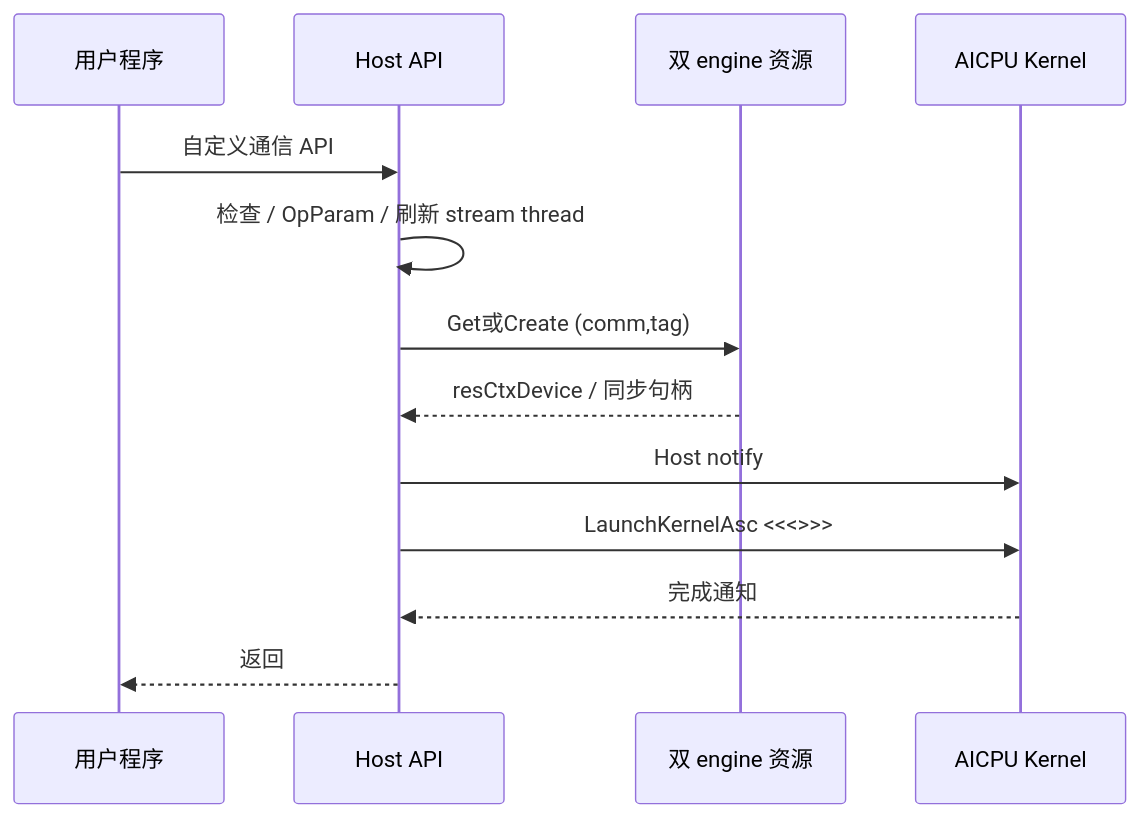
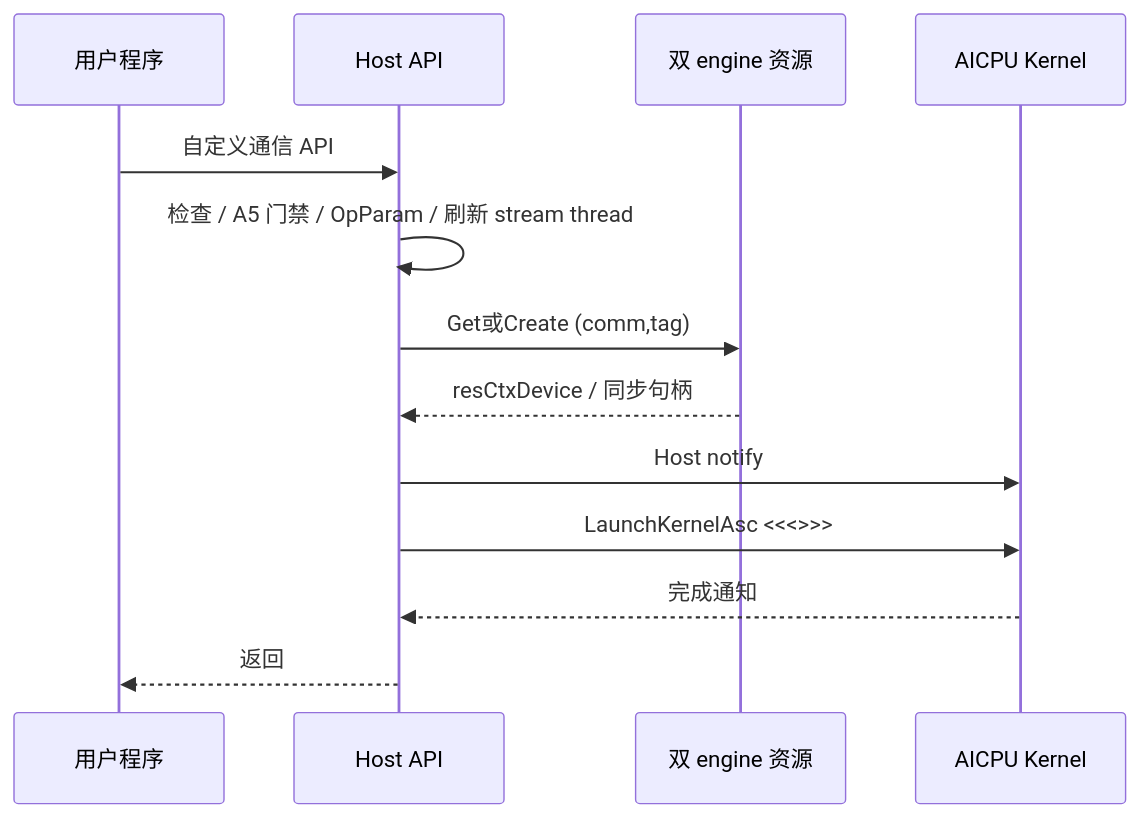
Before and after one commit to qingshangyan12/my_code: the third of 4 diagrams in docs/aicpu_custom_communication_op_design.md, drawn with Mermaid. The commit also changed other lines of this file, not shown here.

````diff
--- a/docs/aicpu_custom_communication_op_design.md
+++ b/docs/aicpu_custom_communication_op_design.md
@@ -245,16 +251,16 @@
 ```mermaid
 sequenceDiagram
     participant U as 用户程序
     participant H as Host API
     participant R as 双 engine 资源
     participant A as AICPU Kernel
 
     U->>H: 自定义通信 API
-    H->>H: 检查 / OpParam / 刷新 stream thread
+    H->>H: 检查 / A5 门禁 / OpParam / 刷新 stream thread
     H->>R: Get或Create (comm,tag)
     R-->>H: resCtxDevice / 同步句柄
     H->>A: Host notify
     H->>A: LaunchKernelAsc <<<>>>
     A-->>H: 完成通知
     H-->>U: 返回
 ```
````
